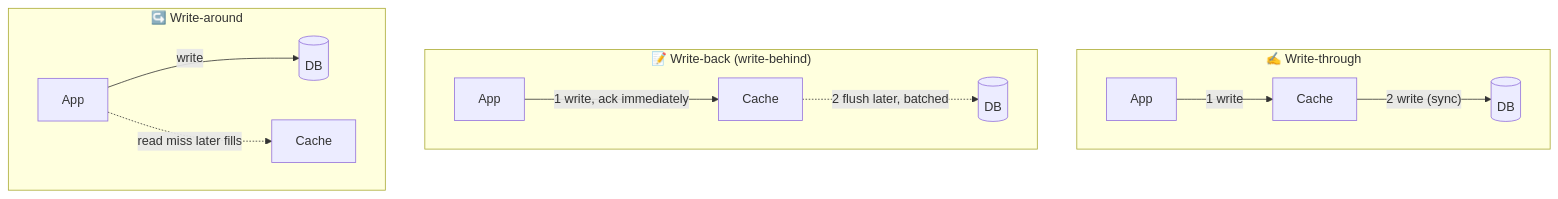
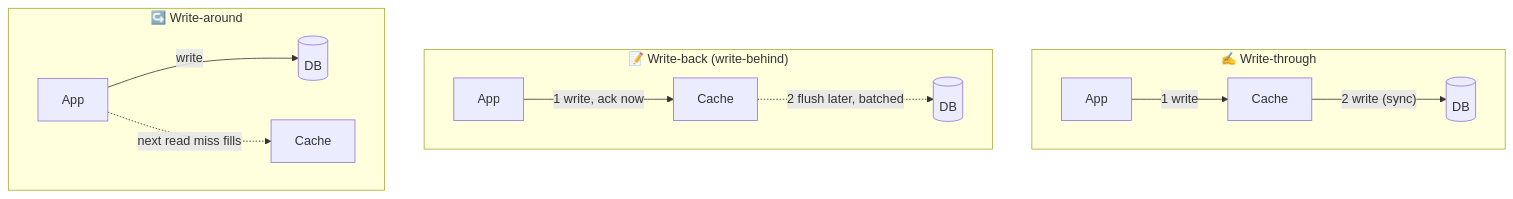
The diagram in phases/04-caching/029-cache-write-strategies.md (winnyboy5/System-Design-from-Atoms), drawn with Mermaid before and after one commit. The commit also changed other lines of this file and 5 other files, not shown here.

````diff
--- a/phases/04-caching/029-cache-write-strategies.md
+++ b/phases/04-caching/029-cache-write-strategies.md
@@ -27,15 +37,15 @@
 ```mermaid
 flowchart TB
     subgraph WT["✍️ Write-through"]
         A1["App"] -->|"1 write"| C1["Cache"]
         C1 -->|"2 write (sync)"| D1[("DB")]
     end
     subgraph WB["📝 Write-back (write-behind)"]
-        A2["App"] -->|"1 write, ack immediately"| C2["Cache"]
+        A2["App"] -->|"1 write, ack now"| C2["Cache"]
         C2 -.->|"2 flush later, batched"| D2[("DB")]
     end
     subgraph WA["↪️ Write-around"]
         A3["App"] -->|"write"| D3[("DB")]
-        A3 -.->|"read miss later fills"| C3["Cache"]
+        A3 -.->|"next read miss fills"| C3["Cache"]
     end
 ```
````
